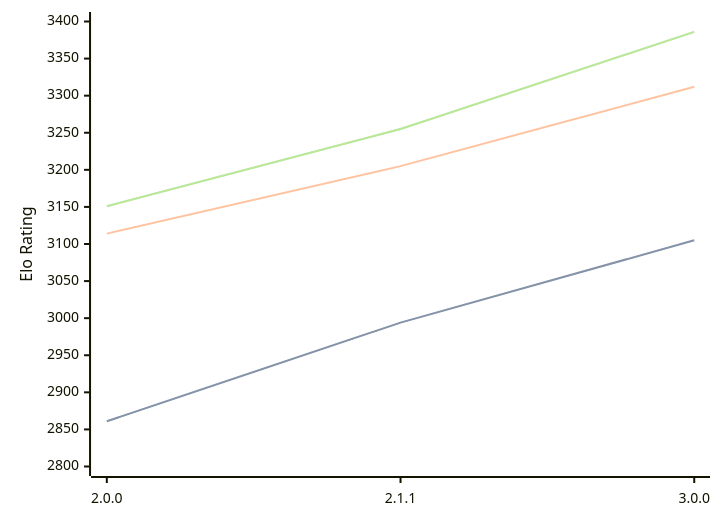
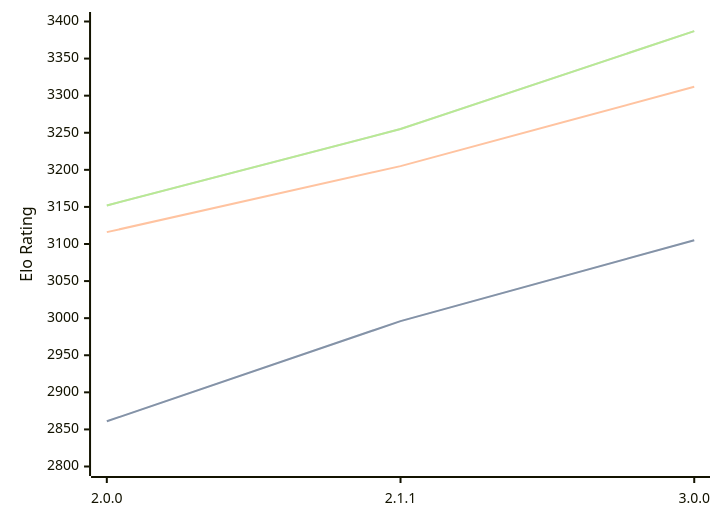
Before and after one commit to computer-chess-index/cci: the diagram in engines/Bread.md, drawn with Mermaid. The commit also changed other lines of this file, not shown here.

Commit message:
Update CCI Ratings (ELO VLTC) - 2026-08-29

````diff
--- a/engines/Bread.md
+++ b/engines/Bread.md
@@ -36,11 +36,11 @@
 ```mermaid
 %%{init: {"theme":"base","themeVariables":{"seriesColors:['#a3a3a3','#222221','#faa371']}}}%%
 xychart-beta
   x-axis ["2.0.0", "2.1.1", "3.0.0"]
   y-axis "Elo Rating" 2800 --> 3400
-  line "" [2861, 2994, 3105]
-  line "STC (8.0+0.08s)" [2861, 2994, 3105]
-  line "LTC (60.0+0.60s)" [3114, 3205, 3312]
-  line "" [3151, 3255, 3386]
-  line "VLTC (2m24s+1.12s)" [3151, 3255, 3386]
+  line "" [2861, 2996, 3105]
+  line "STC (8.0+0.08s)" [2861, 2996, 3105]
+  line "LTC (60.0+0.60s)" [3116, 3205, 3312]
+  line "" [3152, 3255, 3387]
+  line "VLTC (2m24s+1.12s)" [3152, 3255, 3387]
 ```
````
